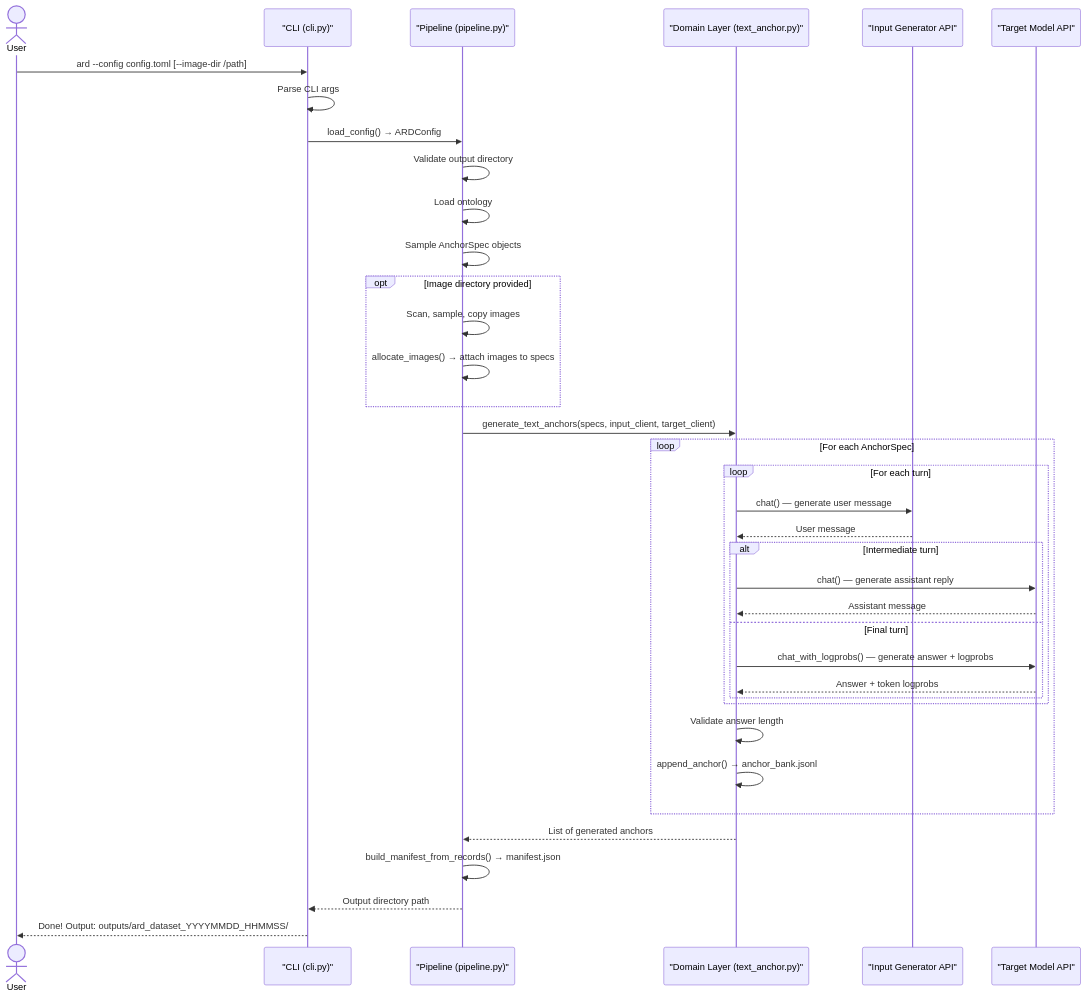
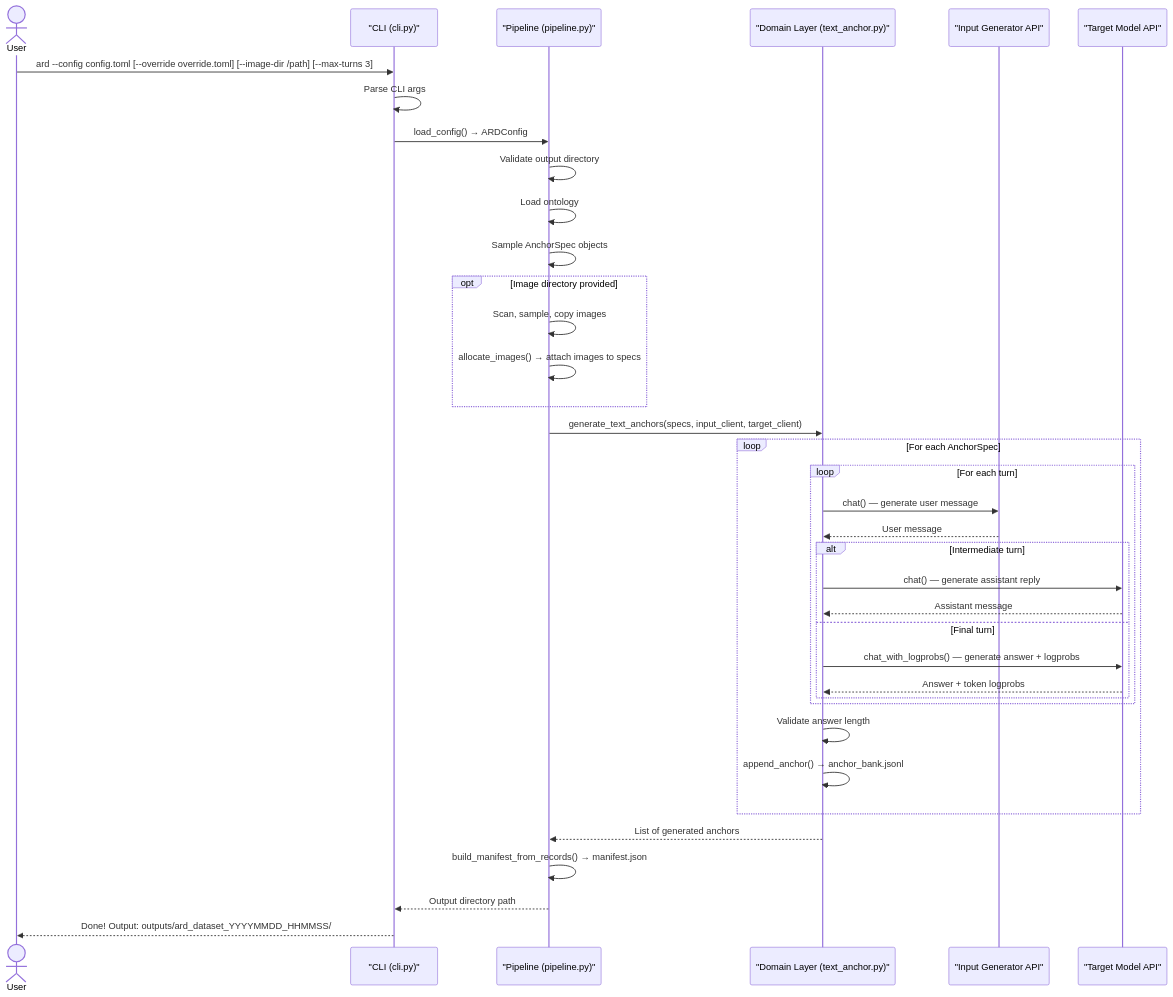
The third of 5 diagrams in docs/architecture.md (godthrone/anchor-replay-distillation), drawn with Mermaid before and after one commit. The commit also changed other lines of this file and 3 other files, not shown here.

````diff
--- a/docs/architecture.md
+++ b/docs/architecture.md
@@ -116,40 +116,40 @@
 ```mermaid
 sequenceDiagram
     actor User
     participant CLI as "CLI (cli.py)"
     participant Pipeline as "Pipeline (pipeline.py)"
     participant Domain as "Domain Layer (text_anchor.py)"
     participant InputGen as "Input Generator API"
     participant Target as "Target Model API"
 
-    User->>CLI: ard --config config.toml [--image-dir /path]
+    User->>CLI: ard --config config.toml [--override override.toml] [--image-dir /path] [--max-turns 3]
     CLI->>CLI: Parse CLI args
     CLI->>Pipeline: load_config() → ARDConfig
     Pipeline->>Pipeline: Validate output directory
     Pipeline->>Pipeline: Load ontology
     Pipeline->>Pipeline: Sample AnchorSpec objects
     opt Image directory provided
         Pipeline->>Pipeline: Scan, sample, copy images
         Pipeline->>Pipeline: allocate_images() → attach images to specs
     end
     Pipeline->>Domain: generate_text_anchors(specs, input_client, target_client)
     loop For each AnchorSpec
         loop For each turn
             Domain->>InputGen: chat() — generate user message
             InputGen-->>Domain: User message
             alt Intermediate turn
                 Domain->>Target: chat() — generate assistant reply
                 Target-->>Domain: Assistant message
             else Final turn
                 Domain->>Target: chat_with_logprobs() — generate answer + logprobs
                 Target-->>Domain: Answer + token logprobs
             end
         end
         Domain->>Domain: Validate answer length
         Domain->>Domain: append_anchor() → anchor_bank.jsonl
     end
     Domain-->>Pipeline: List of generated anchors
     Pipeline->>Pipeline: build_manifest_from_records() → manifest.json
     Pipeline-->>CLI: Output directory path
     CLI-->>User: Done! Output: outputs/ard_dataset_YYYYMMDD_HHMMSS/
 ```
````
